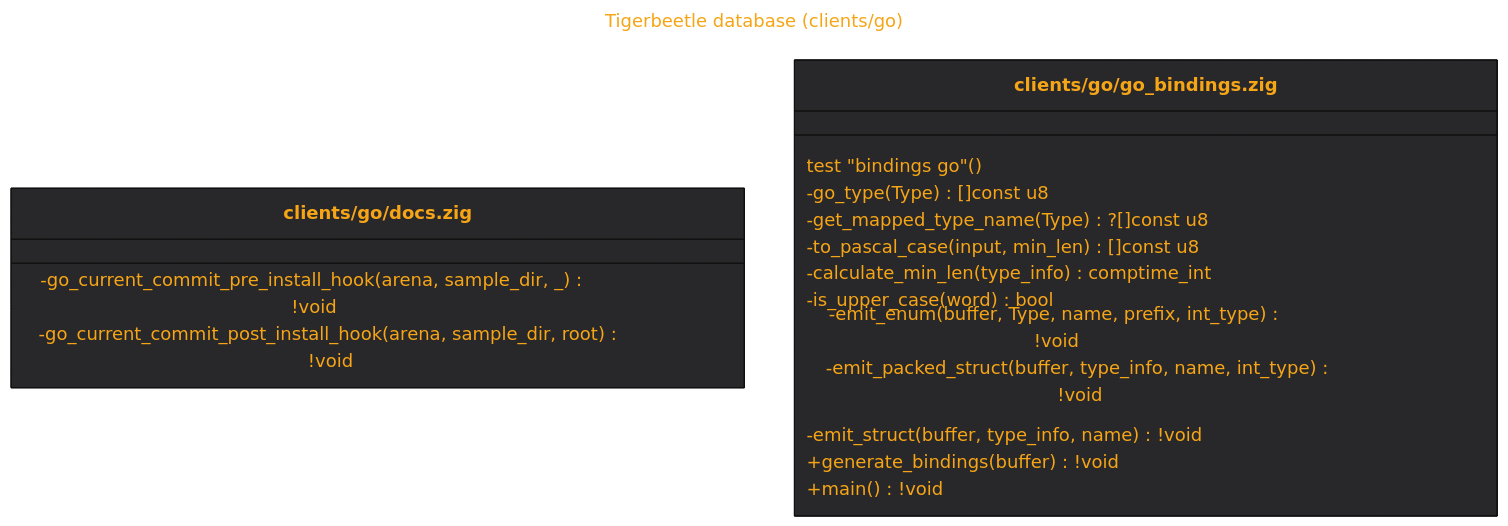
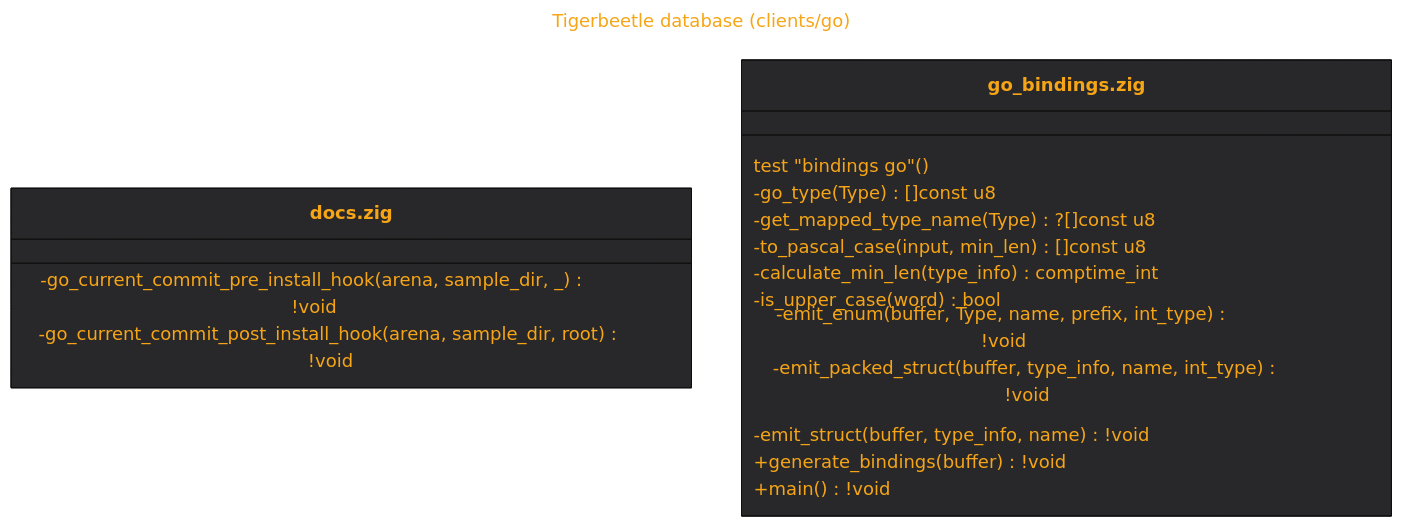
One commit to tensorush/meduza changed the diagram in out/src.clients.go.md. Above: the diagram before and after it, drawn with Mermaid. The commit also changed 21 other files, not shown here.

````diff
--- a/out/src.clients.go.md
+++ b/out/src.clients.go.md
@@ -1,37 +1,37 @@
 ```mermaid
 ---
 title: Tigerbeetle database (clients/go)
 ---
 %%{
     init: {
         'theme': 'base',
         'themeVariables': {
             'fontSize': '18px',
             'fontFamily': 'arial',
             'lineColor': '#F6A516',
             'primaryColor': '#28282B',
             'primaryTextColor': '#F6A516'
         }
     }
 }%%
 classDiagram
-class `clients/go/docs.zig` {
+class `docs.zig` {
     -go_current_commit_pre_install_hook(arena, sample_dir, _) !void
     -go_current_commit_post_install_hook(arena, sample_dir, root) !void
 }
-link `clients/go/docs.zig` "https://github.com/tigerbeetle/tigerbeetle/blob/main/src/clients/go/docs.zig"
-class `clients/go/go_bindings.zig` {
+link `docs.zig` "https://github.com/tigerbeetle/tigerbeetle/blob/main/src/clients/go/docs.zig"
+class `go_bindings.zig` {
     test "bindings go"()
     -go_type(Type) []const u8
     -get_mapped_type_name(Type) ?[]const u8
     -to_pascal_case(input, min_len) []const u8
     -calculate_min_len(type_info) comptime_int
     -is_upper_case(word) bool
     -emit_enum(buffer, Type, name, prefix, int_type) !void
     -emit_packed_struct(buffer, type_info, name, int_type) !void
     -emit_struct(buffer, type_info, name) !void
     +generate_bindings(buffer) !void
     +main() !void
 }
-link `clients/go/go_bindings.zig` "https://github.com/tigerbeetle/tigerbeetle/blob/main/src/clients/go/go_bindings.zig"
+link `go_bindings.zig` "https://github.com/tigerbeetle/tigerbeetle/blob/main/src/clients/go/go_bindings.zig"
 ```
````
